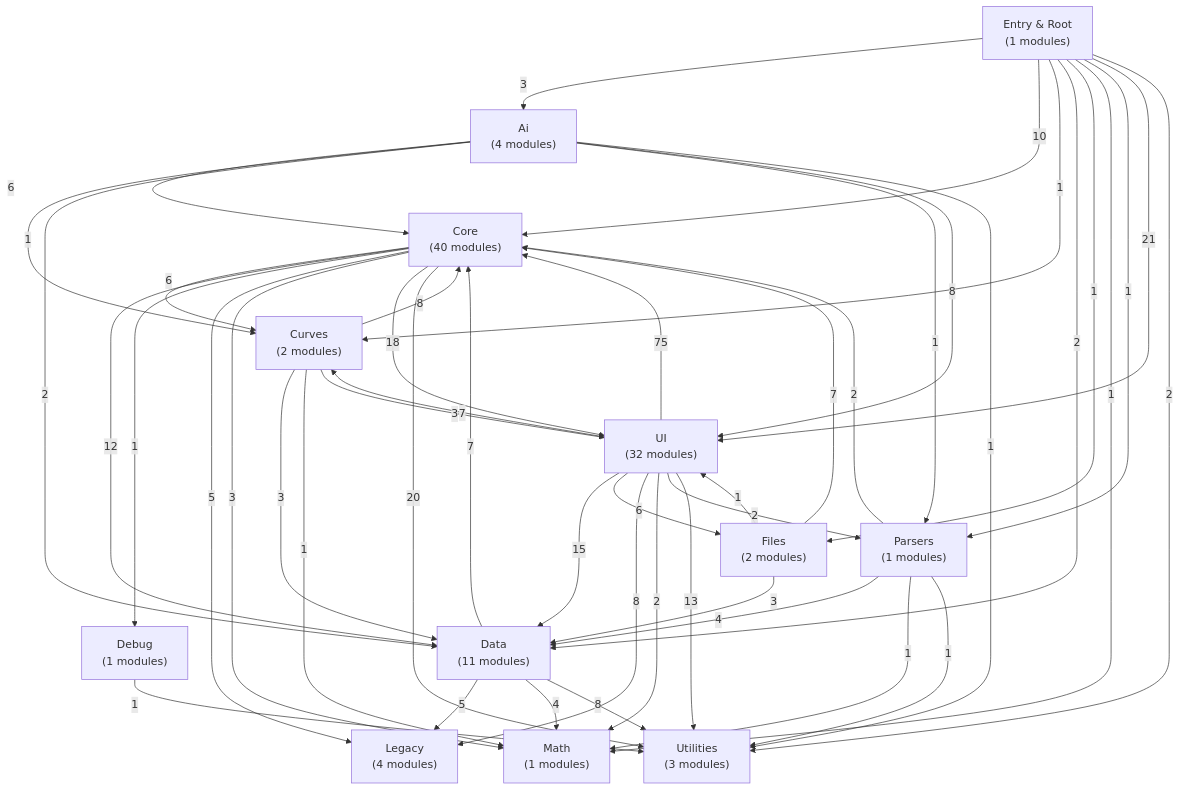
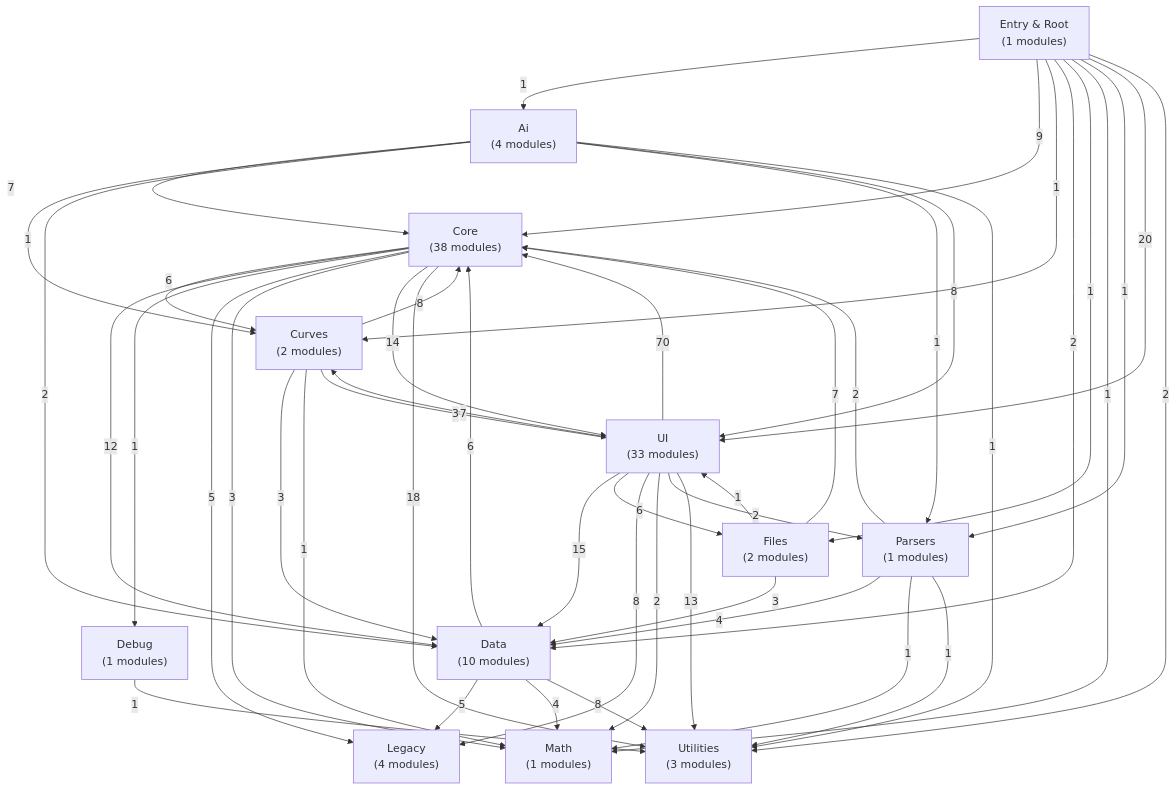
One commit to David-Marsh-Photo/quadGEN changed the diagram in docs/architecture-map.md. Above: the diagram before and after it, drawn with Mermaid. The commit also changed other lines of this file and 25 other files, not shown here.

````diff
--- a/docs/architecture-map.md
+++ b/docs/architecture-map.md
@@ -7,61 +7,61 @@
 ```mermaid
 flowchart TD
   G_js_ai["Ai\n(4 modules)"]
-  G_js_core["Core\n(40 modules)"]
+  G_js_core["Core\n(38 modules)"]
   G_js_curves["Curves\n(2 modules)"]
-  G_js_data["Data\n(11 modules)"]
+  G_js_data["Data\n(10 modules)"]
   G_js_debug["Debug\n(1 modules)"]
   G_js_files["Files\n(2 modules)"]
   G_js_legacy["Legacy\n(4 modules)"]
   G_js_math["Math\n(1 modules)"]
   G_js_parsers["Parsers\n(1 modules)"]
-  G_js_ui["UI\n(32 modules)"]
+  G_js_ui["UI\n(33 modules)"]
   G_js_utils["Utilities\n(3 modules)"]
   G_src["Entry & Root\n(1 modules)"]
-  G_js_ai -->|6| G_js_core
+  G_js_ai -->|7| G_js_core
   G_js_ai -->|1| G_js_curves
   G_js_ai -->|2| G_js_data
   G_js_ai -->|1| G_js_parsers
   G_js_ai -->|8| G_js_ui
   G_js_ai -->|1| G_js_utils
   G_js_core -->|6| G_js_curves
   G_js_core -->|12| G_js_data
   G_js_core -->|1| G_js_debug
   G_js_core -->|5| G_js_legacy
   G_js_core -->|3| G_js_math
-  G_js_core -->|18| G_js_ui
-  G_js_core -->|20| G_js_utils
+  G_js_core -->|14| G_js_ui
+  G_js_core -->|18| G_js_utils
   G_js_curves -->|8| G_js_core
   G_js_curves -->|3| G_js_data
   G_js_curves -->|1| G_js_math
   G_js_curves -->|3| G_js_ui
-  G_js_data -->|7| G_js_core
+  G_js_data -->|6| G_js_core
   G_js_data -->|5| G_js_legacy
   G_js_data -->|4| G_js_math
   G_js_data -->|8| G_js_utils
   G_js_debug -->|1| G_js_utils
   G_js_files -->|7| G_js_core
   G_js_files -->|3| G_js_data
   G_js_files -->|1| G_js_ui
   G_js_parsers -->|2| G_js_core
   G_js_parsers -->|4| G_js_data
   G_js_parsers -->|1| G_js_math
   G_js_parsers -->|1| G_js_utils
-  G_js_ui -->|75| G_js_core
+  G_js_ui -->|70| G_js_core
   G_js_ui -->|7| G_js_curves
   G_js_ui -->|15| G_js_data
   G_js_ui -->|6| G_js_files
   G_js_ui -->|8| G_js_legacy
   G_js_ui -->|2| G_js_math
   G_js_ui -->|2| G_js_parsers
   G_js_ui -->|13| G_js_utils
-  G_src -->|3| G_js_ai
-  G_src -->|10| G_js_core
+  G_src -->|1| G_js_ai
+  G_src -->|9| G_js_core
   G_src -->|1| G_js_curves
   G_src -->|2| G_js_data
   G_src -->|1| G_js_files
   G_src -->|1| G_js_math
   G_src -->|1| G_js_parsers
-  G_src -->|21| G_js_ui
+  G_src -->|20| G_js_ui
   G_src -->|2| G_js_utils
 ```
````
